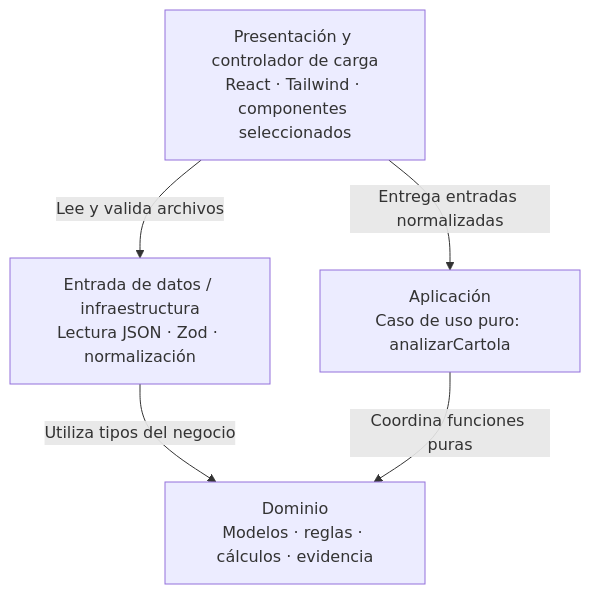
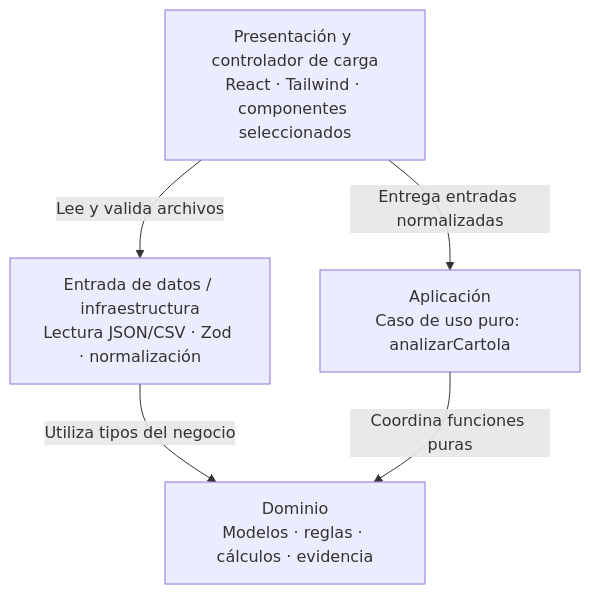
One commit to Kyogen-24/Motor_inversiones changed the diagram in ARCHITECTURE.md. Above: the diagram before and after it, drawn with Mermaid. The commit also changed other lines of this file and 37 other files, not shown here.

````diff
--- a/ARCHITECTURE.md
+++ b/ARCHITECTURE.md
@@ -50,12 +49,12 @@
 ```mermaid
 flowchart TD
     P["Presentación y controlador de carga<br/>React · Tailwind · componentes seleccionados"]
-    I["Entrada de datos / infraestructura<br/>Lectura JSON · Zod · normalización"]
+    I["Entrada de datos / infraestructura<br/>Lectura JSON/CSV · Zod · normalización"]
     A["Aplicación<br/>Caso de uso puro: analizarCartola"]
     D["Dominio<br/>Modelos · reglas · cálculos · evidencia"]
 
     P -->|Lee y valida archivos| I
     P -->|Entrega entradas normalizadas| A
     I -->|Utiliza tipos del negocio| D
     A -->|Coordina funciones puras| D
 ```
````
